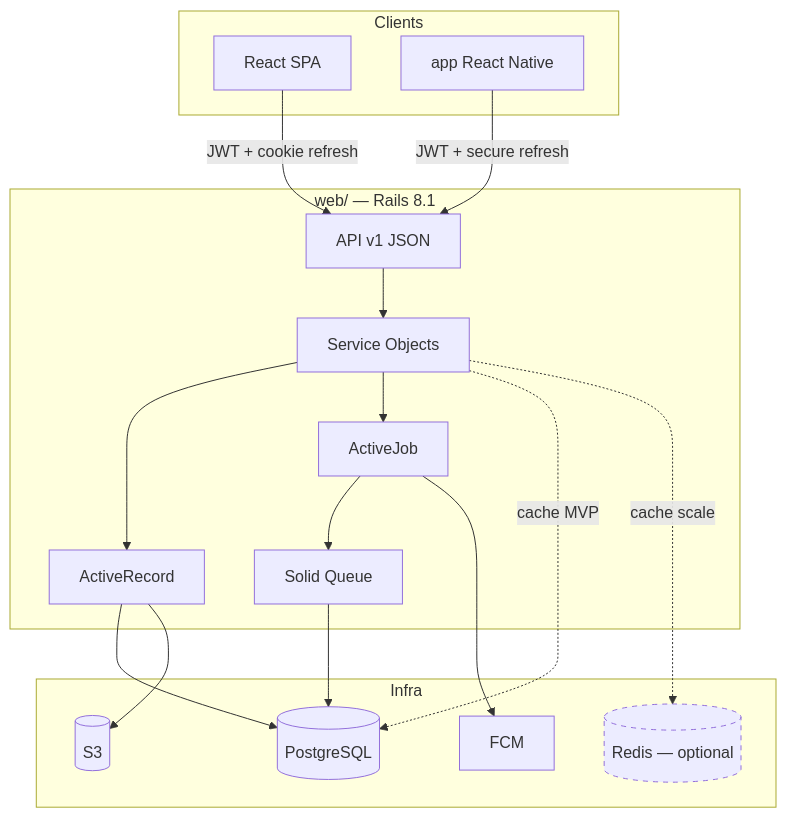
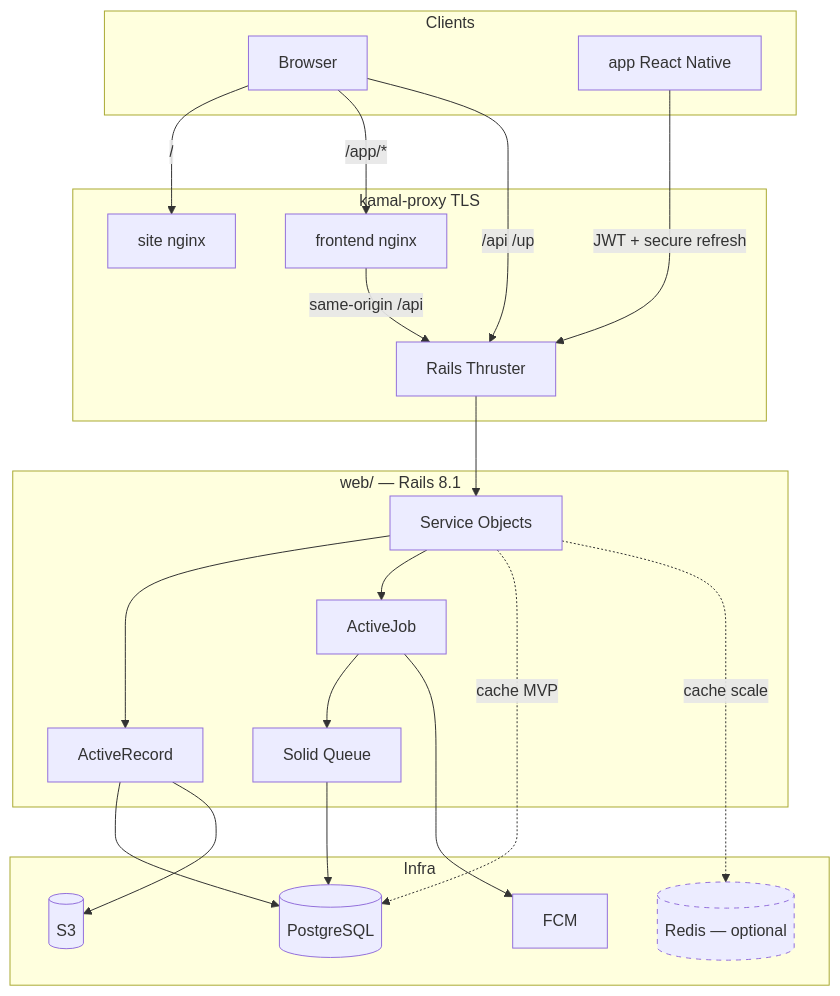
The first of 2 diagrams in docs/web-stack.md (DLA-Solutions/school_lab), drawn with Mermaid before and after one commit. The commit also changed other lines of this file and 40 other files, not shown here.

First line of the commit message:
Add institutional site and SPA Kamal deploy stack.

````diff
--- a/docs/web-stack.md
+++ b/docs/web-stack.md
@@ -232,42 +239,50 @@
 ```mermaid
 flowchart TB
     subgraph clients [Clients]
-        WebUI[React SPA]
+        Browser[Browser]
         MobileApp[app React Native]
     end
 
+    subgraph proxy [kamal-proxy TLS]
+        Site[site nginx]
+        SPA[frontend nginx]
+        API[Rails Thruster]
+    end
+
     subgraph web [web/ — Rails 8.1]
-        API[API v1 JSON]
         Services[Service Objects]
         Models[ActiveRecord]
         Jobs[ActiveJob]
         SQ[Solid Queue]
     end
 
     subgraph infra [Infra]
         PG[(PostgreSQL)]
         Redis[(Redis — optional)]
         S3[(S3)]
         FCM[FCM]
     end
 
-    WebUI -->|JWT + cookie refresh| API
+    Browser -->|"/"| Site
+    Browser -->|"/app/*"| SPA
+    Browser -->|"/api /up"| API
     MobileApp -->|JWT + secure refresh| API
 
+    SPA -->|same-origin /api| API
     API --> Services
     Services --> Models
     Services --> Jobs
 
     Jobs --> SQ
     SQ --> PG
     Jobs --> FCM
 
     Models --> PG
     Models --> S3
 
     Services -.->|cache MVP| PG
     Services -.->|cache scale| Redis
 
     classDef optional stroke-dasharray: 5 5
     class Redis optional
 ```
````
